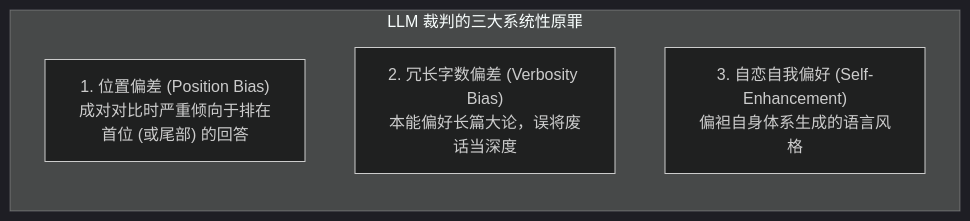
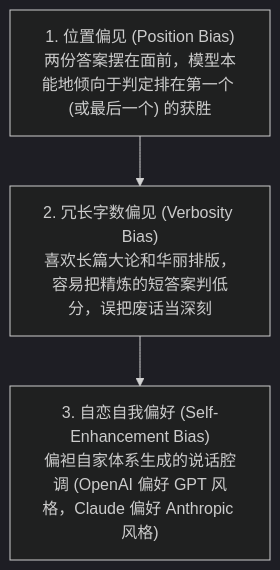
The second of 3 diagrams in app/ch07-evaluation/03-llm-as-a-judge-and-biases/page.mdx (ljh12138164/ai-agent-study), drawn with Mermaid (dark theme) before and after one commit. The commit also changed other lines of this file and 43 other files, not shown here.

````diff
--- a/app/ch07-evaluation/03-llm-as-a-judge-and-biases/page.mdx
+++ b/app/ch07-evaluation/03-llm-as-a-judge-and-biases/page.mdx
@@ -36,8 +31,6 @@
 ```mermaid
-graph LR
-    subgraph Biases["LLM 裁判的三大系统性原罪"]
-        B1["1. 位置偏差 (Position Bias)<br/>成对对比时严重倾向于排在首位 (或尾部) 的回答"]
-        B2["2. 冗长字数偏差 (Verbosity Bias)<br/>本能偏好长篇大论，误将废话当深度"]
-        B3["3. 自恋自我偏好 (Self-Enhancement)<br/>偏袒自身体系生成的语言风格"]
-    end
+flowchart TD
+    B1["1. 位置偏见 (Position Bias)<br/>两份答案摆在面前，模型本能地倾向于判定排在第一个 (或最后一个) 的获胜"]
+    --> B2["2. 冗长字数偏见 (Verbosity Bias)<br/>喜欢长篇大论和华丽排版，容易把精炼的短答案判低分，误把废话当深刻"]
+    --> B3["3. 自恋自我偏好 (Self-Enhancement Bias)<br/>偏袒自家体系生成的说话腔调 (OpenAI 偏好 GPT 风格，Claude 偏好 Anthropic 风格)"]
 ```
````
